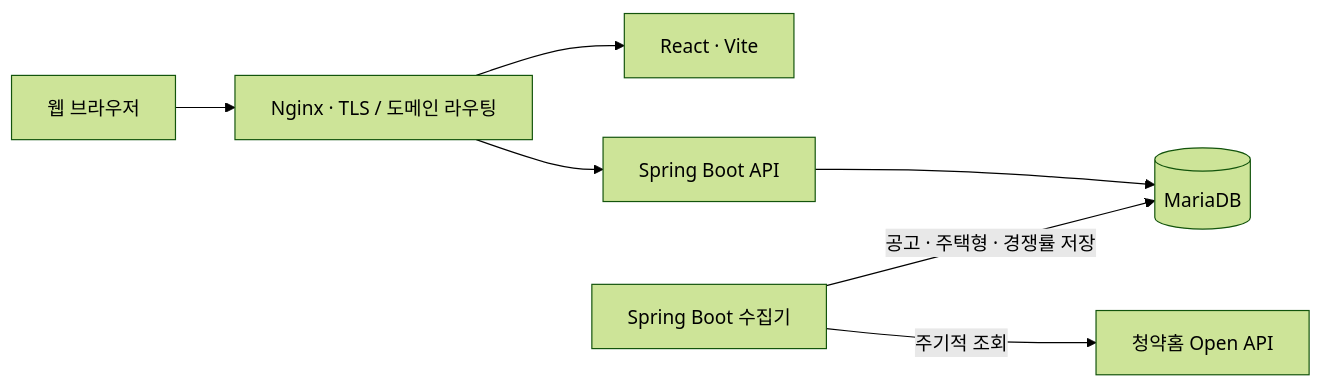
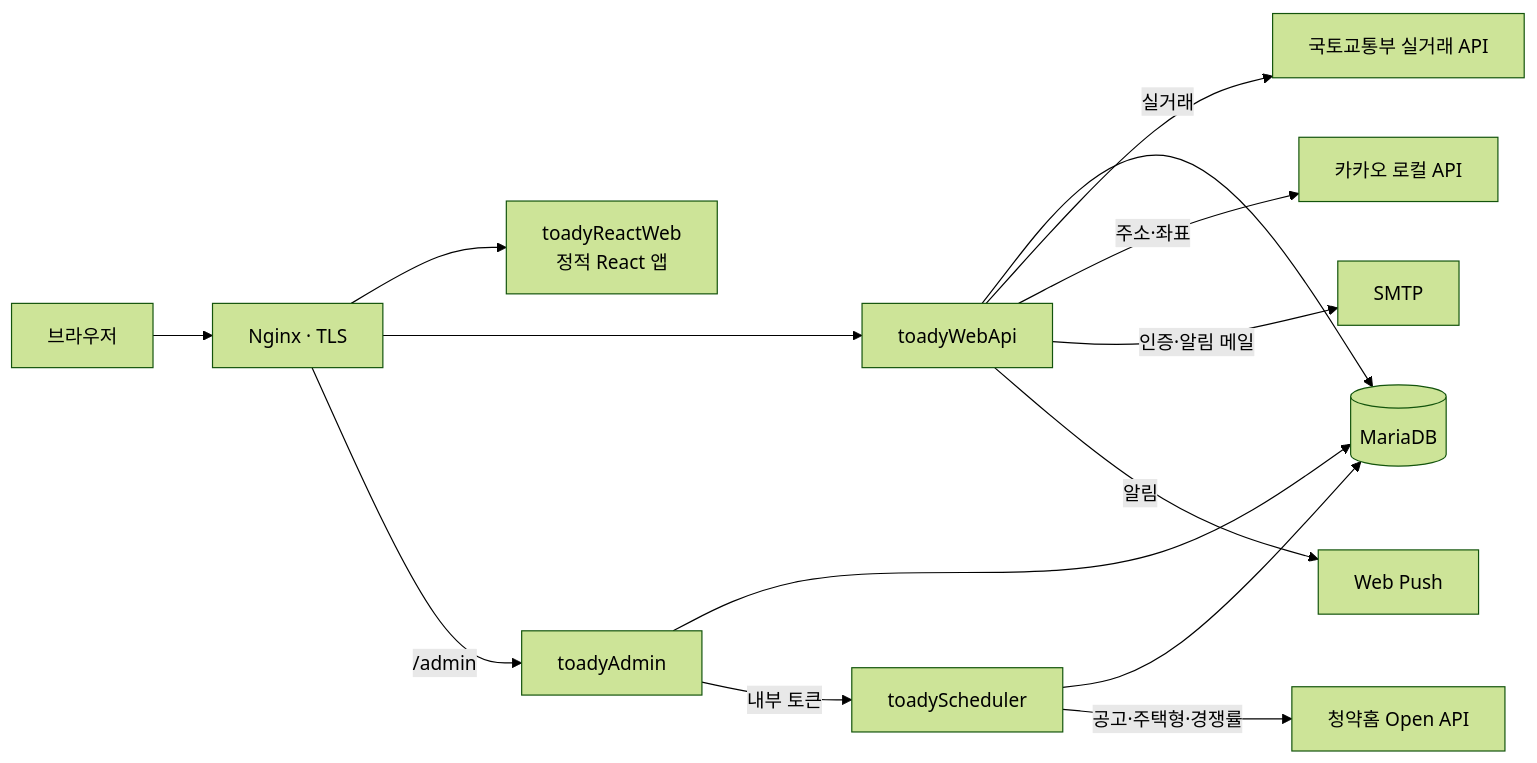
Before and after one commit to hyunyoul1004/toady: the first of 2 diagrams in README.md, drawn with Mermaid (forest theme). The commit also changed other lines of this file and 4 other files, not shown here.

````diff
--- a/README.md
+++ b/README.md
@@ -32,9 +43,16 @@
 ```mermaid
 flowchart LR
-    Browser[웹 브라우저] --> Nginx[Nginx · TLS / 도메인 라우팅]
-    Nginx --> Web[React · Vite]
-    Nginx --> API[Spring Boot API]
+    User[브라우저] --> Nginx[Nginx · TLS]
+    Nginx --> Web[toadyReactWeb<br/>정적 React 앱]
+    Nginx --> API[toadyWebApi]
+    Nginx -->|/admin| Admin[toadyAdmin]
     API --> DB[(MariaDB)]
-    Scheduler[Spring Boot 수집기] -->|주기적 조회| Applyhome[청약홈 Open API]
-    Scheduler -->|공고 · 주택형 · 경쟁률 저장| DB
+    Admin --> DB
+    Admin -->|내부 토큰| Scheduler
+    Scheduler[toadyScheduler] --> DB
+    Scheduler -->|공고·주택형·경쟁률| Applyhome[청약홈 Open API]
+    API -->|실거래| Molit[국토교통부 실거래 API]
+    API -->|주소·좌표| Kakao[카카오 로컬 API]
+    API -->|인증·알림 메일| Mail[SMTP]
+    API -->|알림| Push[Web Push]
 ```
````
